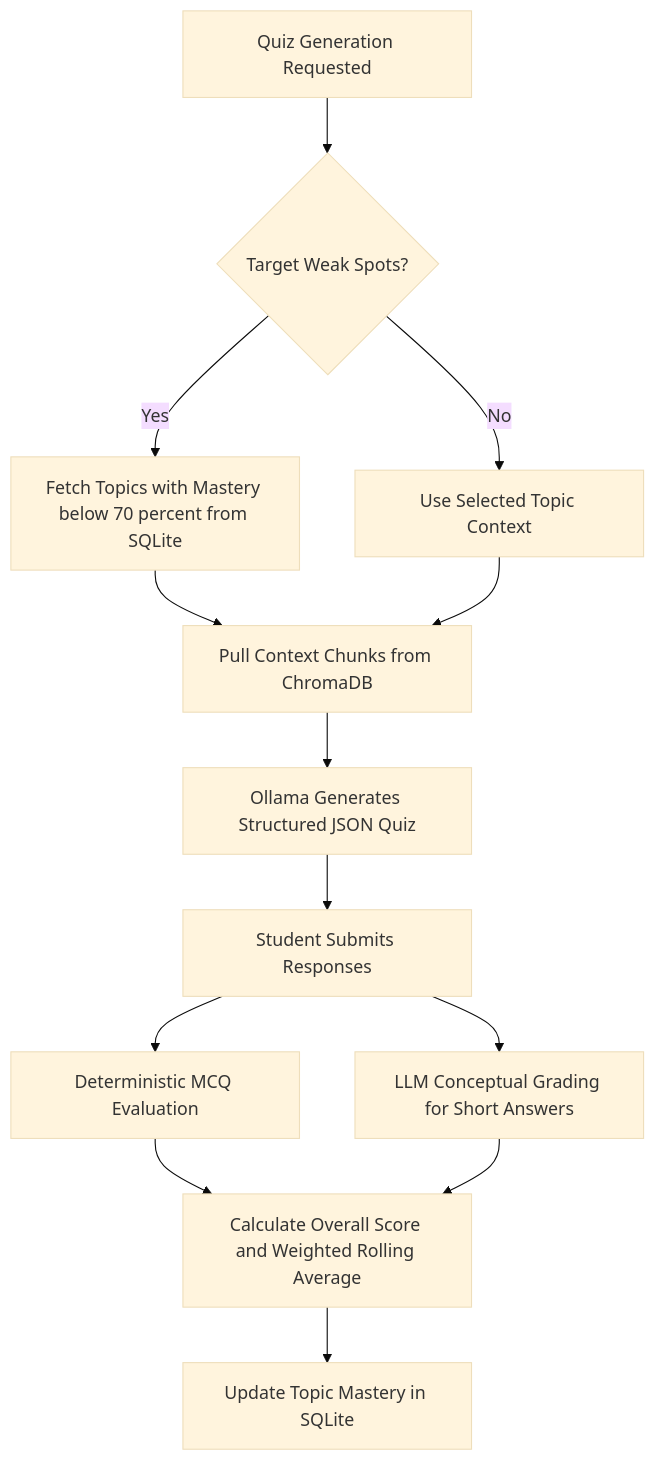
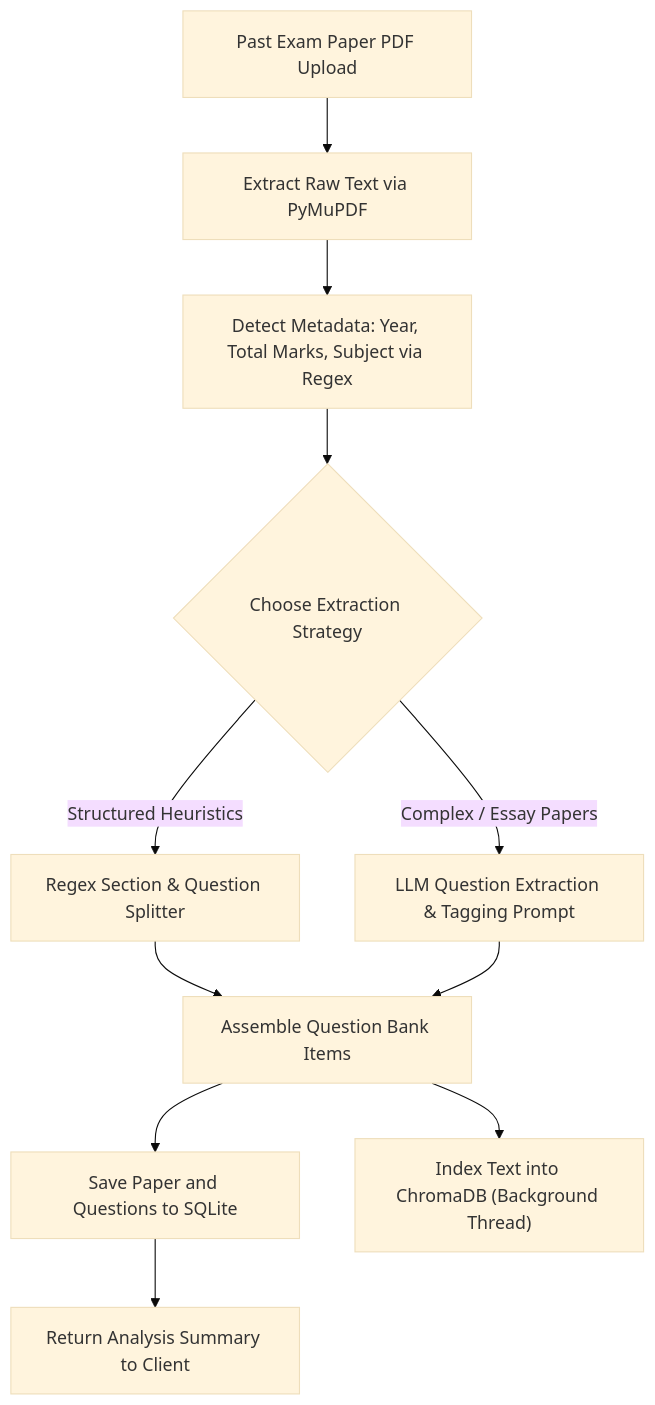
Before and after one commit to dev-Aarish/gist: the fourth of 5 diagrams in docs/architecture.md, drawn with Mermaid (base theme). The commit also changed other lines of this file and 6 other files, not shown here.

````diff
--- a/docs/architecture.md
+++ b/docs/architecture.md
@@ -98,15 +100,13 @@
 ```mermaid
 graph TD
-    QuizReq["Quiz Generation Requested"] --> CheckWeak{"Target Weak Spots?"}
-    CheckWeak -- "Yes" --> QueryWeak["Fetch Topics with Mastery below 70 percent from SQLite"]
-    CheckWeak -- "No" --> UseTopic["Use Selected Topic Context"]
-    QueryWeak --> RetrieveChunks["Pull Context Chunks from ChromaDB"]
-    UseTopic --> RetrieveChunks
-    RetrieveChunks --> GenerateQuiz["Ollama Generates Structured JSON Quiz"]
-    GenerateQuiz --> UserAnswers["Student Submits Responses"]
-    UserAnswers --> GradeMCQ["Deterministic MCQ Evaluation"]
-    UserAnswers --> GradeShort["LLM Conceptual Grading for Short Answers"]
-    GradeMCQ --> ComputeScore["Calculate Overall Score and Weighted Rolling Average"]
-    GradeShort --> ComputeScore
-    ComputeScore --> PersistMetrics["Update Topic Mastery in SQLite"]
+    PaperUpload["Past Exam Paper PDF Upload"] --> ExtractText["Extract Raw Text via PyMuPDF"]
+    ExtractText --> HeuristicScan["Detect Metadata: Year, Total Marks, Subject via Regex"]
+    HeuristicScan --> ExtractionRoute{"Choose Extraction Strategy"}
+    ExtractionRoute -- "Structured Heuristics" --> RegexParser["Regex Section & Question Splitter"]
+    ExtractionRoute -- "Complex / Essay Papers" --> LLMExtractor["LLM Question Extraction & Tagging Prompt"]
+    RegexParser --> MergeQuestions["Assemble Question Bank Items"]
+    LLMExtractor --> MergeQuestions
+    MergeQuestions --> StoreSQLite["Save Paper and Questions to SQLite"]
+    MergeQuestions --> BackgroundVector["Index Text into ChromaDB (Background Thread)"]
+    StoreSQLite --> ReadyResponse["Return Analysis Summary to Client"]
 ```
````
